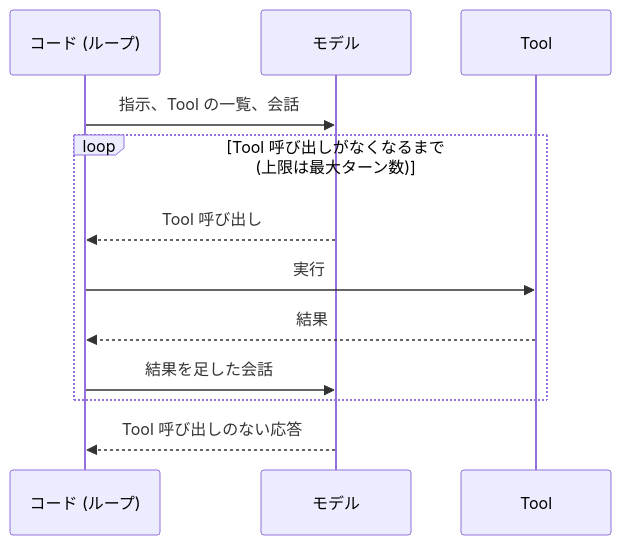
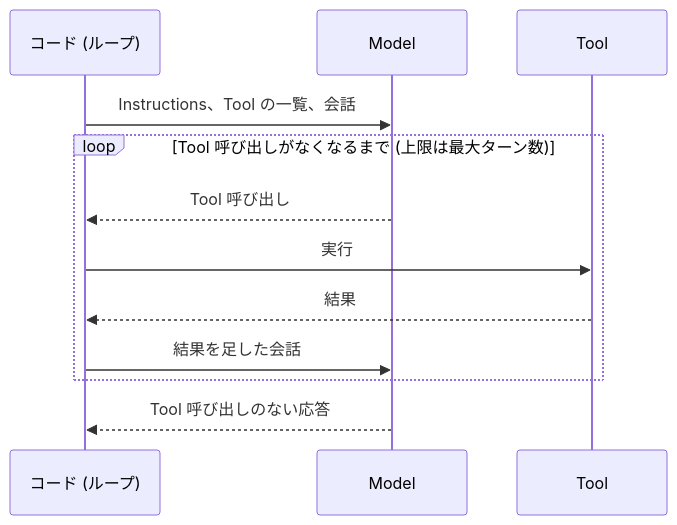
One commit to p1ass/blog changed the second of 6 diagrams in app/routes/posts/agent-concepts-and-modeling/index.mdx. Above: the diagram before and after it, drawn with Mermaid. The commit also changed other lines of this file, not shown here.

First line of the commit message:
用語を Model、Instructions、Tool に統一し、不要な年代と「だけ」を削る

````diff
--- a/app/routes/posts/agent-concepts-and-modeling/index.mdx
+++ b/app/routes/posts/agent-concepts-and-modeling/index.mdx
@@ -112,14 +117,14 @@
 ```mermaid
 sequenceDiagram
   participant C as コード (ループ)
-  participant M as モデル
+  participant M as Model
   participant T as Tool
-  C->>M: 指示、Tool の一覧、会話
+  C->>M: Instructions、Tool の一覧、会話
   loop Tool 呼び出しがなくなるまで (上限は最大ターン数)
     M-->>C: Tool 呼び出し
     C->>T: 実行
     T-->>C: 結果
     C->>M: 結果を足した会話
   end
   M-->>C: Tool 呼び出しのない応答
 ```
````
